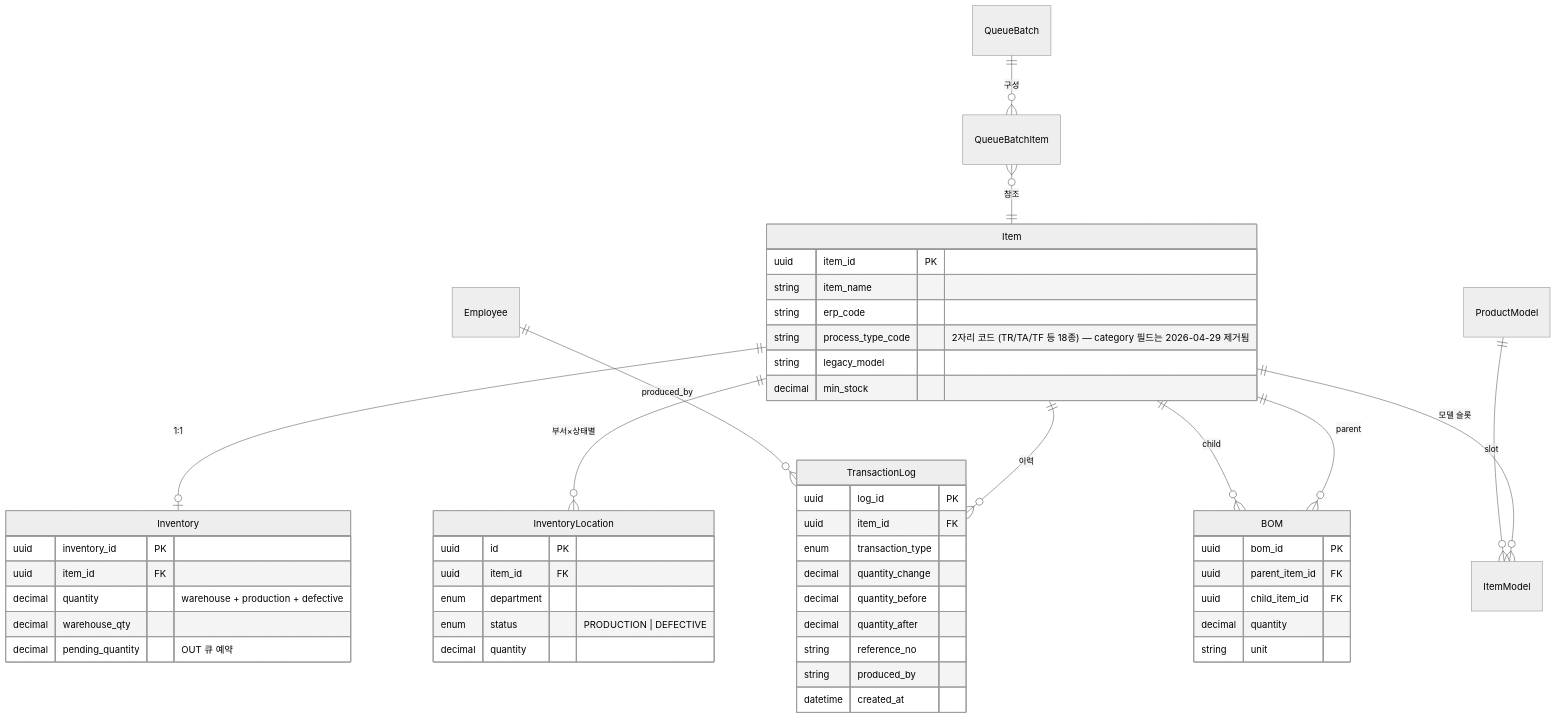
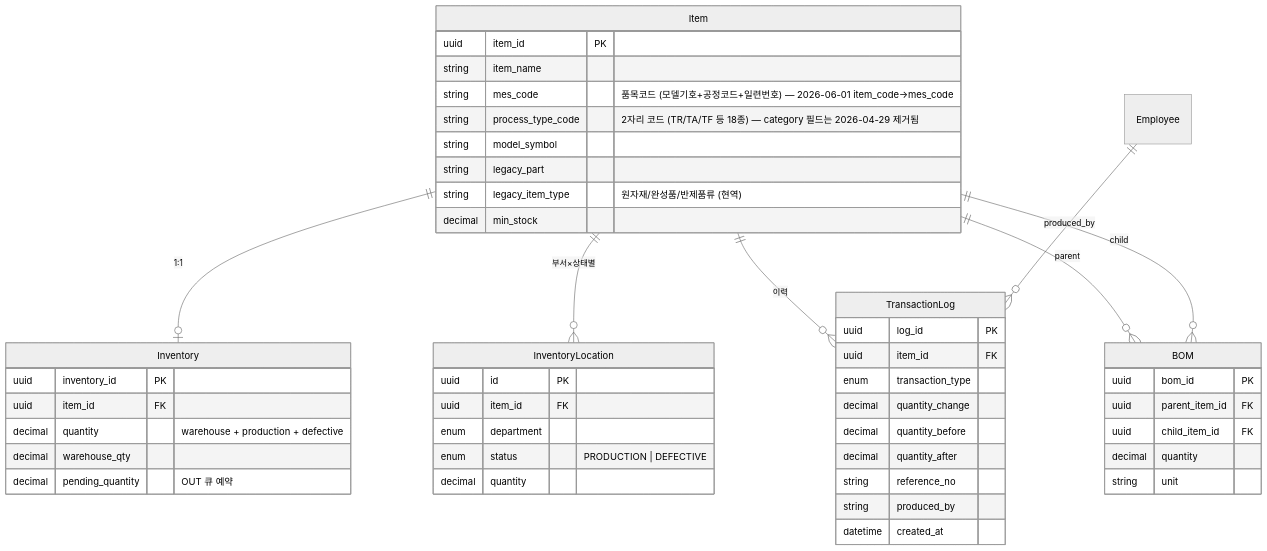
One commit to Hw-03/ERP changed the diagram in _attic/docs/ERD.md. Above: the diagram before and after it, drawn with Mermaid (neutral theme). The commit also changed other lines of this file and 4 other files, not shown here.

First line of the commit message:
2026-06-01 docs: 기준정보 문서 정합 — 유령칸·죽은경로·변동수치 정리 + mes_code 반영

````diff
--- a/_attic/docs/ERD.md
+++ b/_attic/docs/ERD.md
@@ -9,60 +10,57 @@
 ```mermaid
 erDiagram
     Item ||--o| Inventory : "1:1"
     Item ||--o{ InventoryLocation : "부서×상태별"
     Item ||--o{ TransactionLog : "이력"
-    Item ||--o{ ItemModel : "모델 슬롯"
     Item ||--o{ BOM : "parent"
     Item ||--o{ BOM : "child"
 
     Employee ||--o{ TransactionLog : "produced_by"
-    ProductModel ||--o{ ItemModel : "slot"
-
-    QueueBatch ||--o{ QueueBatchItem : "구성"
-    QueueBatchItem }o--|| Item : "참조"
 
     Item {
         uuid item_id PK
         string item_name
-        string erp_code
+        string mes_code "품목코드 (모델기호+공정코드+일련번호) — 2026-06-01 item_code→mes_code"
         string process_type_code "2자리 코드 (TR/TA/TF 등 18종) — category 필드는 2026-04-29 제거됨"
-        string legacy_model
+        string model_symbol
+        string legacy_part
+        string legacy_item_type "원자재/완성품/반제품류 (현역)"
         decimal min_stock
     }
 
     Inventory {
         uuid inventory_id PK
         uuid item_id FK
         decimal quantity "warehouse + production + defective"
         decimal warehouse_qty
         decimal pending_quantity "OUT 큐 예약"
     }
 
     InventoryLocation {
         uuid id PK
         uuid item_id FK
         enum department
         enum status "PRODUCTION | DEFECTIVE"
         decimal quantity
     }
 
     BOM {
         uuid bom_id PK
         uuid parent_item_id FK
         uuid child_item_id FK
         decimal quantity
         string unit
     }
 
     TransactionLog {
         uuid log_id PK
         uuid item_id FK
         enum transaction_type
         decimal quantity_change
         decimal quantity_before
         decimal quantity_after
         string reference_no
         string produced_by
         datetime created_at
     }
 ```
````
